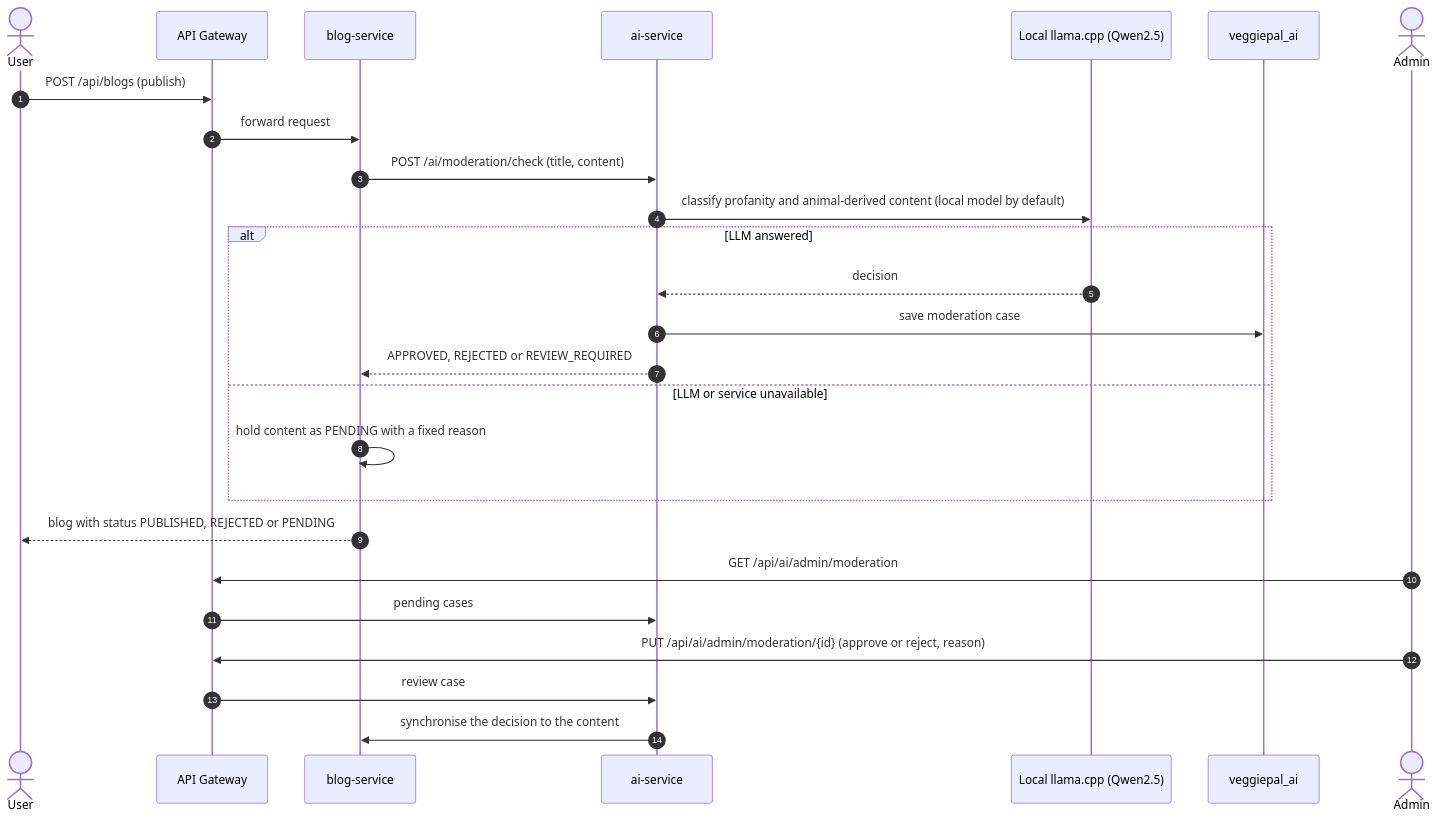
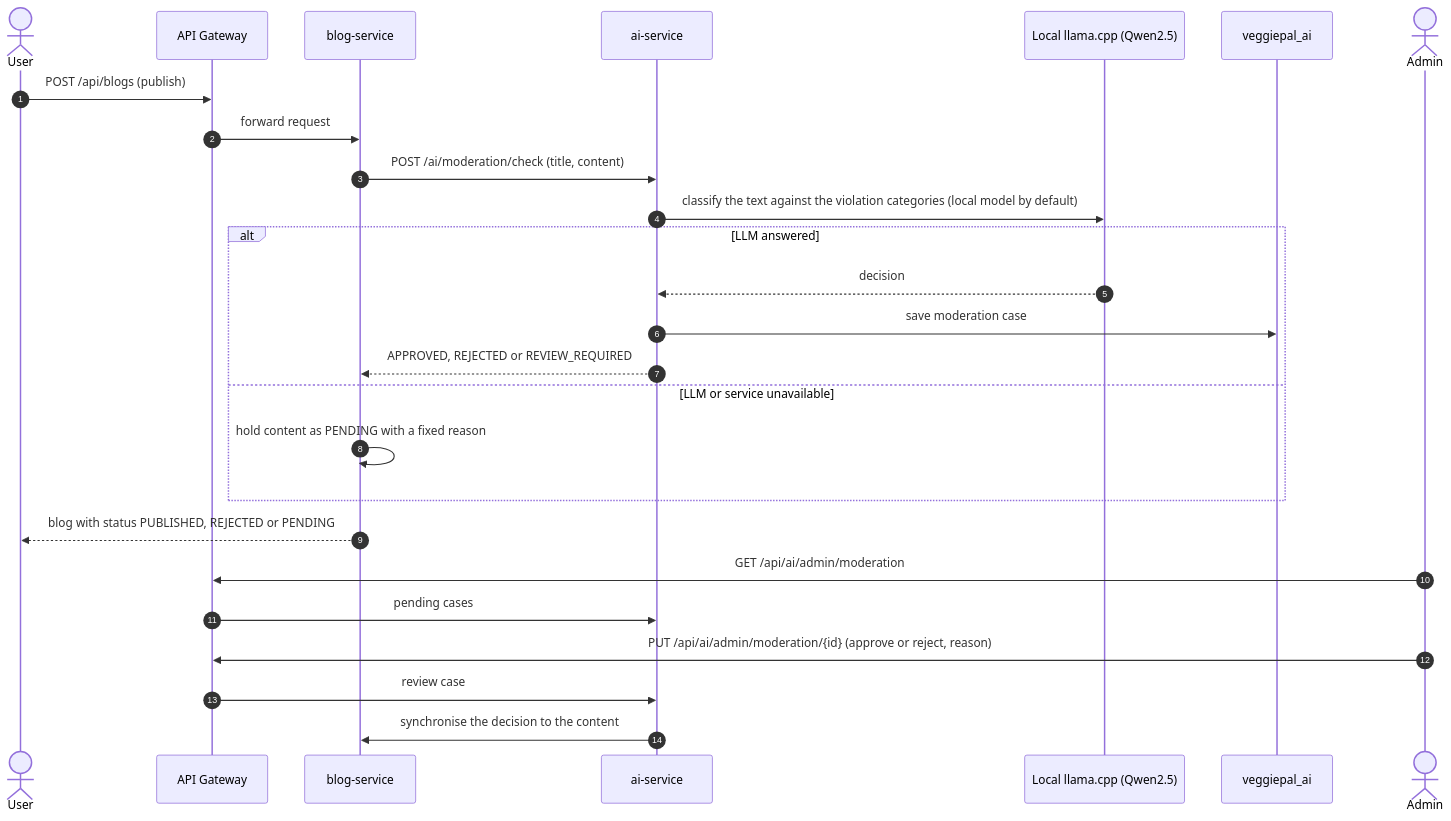
One commit to Phu0312/VeggiePal-Microservice changed diagram 27 of 32 in docs/REPORT7_FINAL_PROJECT_REPORT.md. Above: the diagram before and after it, drawn with Mermaid. The commit also changed other lines of this file and 12 other files, not shown here.

````diff
--- a/docs/REPORT7_FINAL_PROJECT_REPORT.md
+++ b/docs/REPORT7_FINAL_PROJECT_REPORT.md
@@ -2338,29 +2339,29 @@
 ```mermaid
 sequenceDiagram
     autonumber
     actor U as User
     participant GW as API Gateway
     participant BL as blog-service
     participant AI as ai-service
     participant GQ as Local llama.cpp (Qwen2.5)
     participant DB as veggiepal_ai
     actor AD as Admin
 
     U->>GW: POST /api/blogs (publish)
     GW->>BL: forward request
     BL->>AI: POST /ai/moderation/check (title, content)
-    AI->>GQ: classify profanity and animal-derived content (local model by default)
+    AI->>GQ: classify the text against the violation categories (local model by default)
     alt LLM answered
         GQ-->>AI: decision
         AI->>DB: save moderation case
         AI-->>BL: APPROVED, REJECTED or REVIEW_REQUIRED
     else LLM or service unavailable
         BL->>BL: hold content as PENDING with a fixed reason
     end
     BL-->>U: blog with status PUBLISHED, REJECTED or PENDING
     AD->>GW: GET /api/ai/admin/moderation
     GW->>AI: pending cases
     AD->>GW: PUT /api/ai/admin/moderation/{id} (approve or reject, reason)
     GW->>AI: review case
     AI->>BL: synchronise the decision to the content
 ```
````
